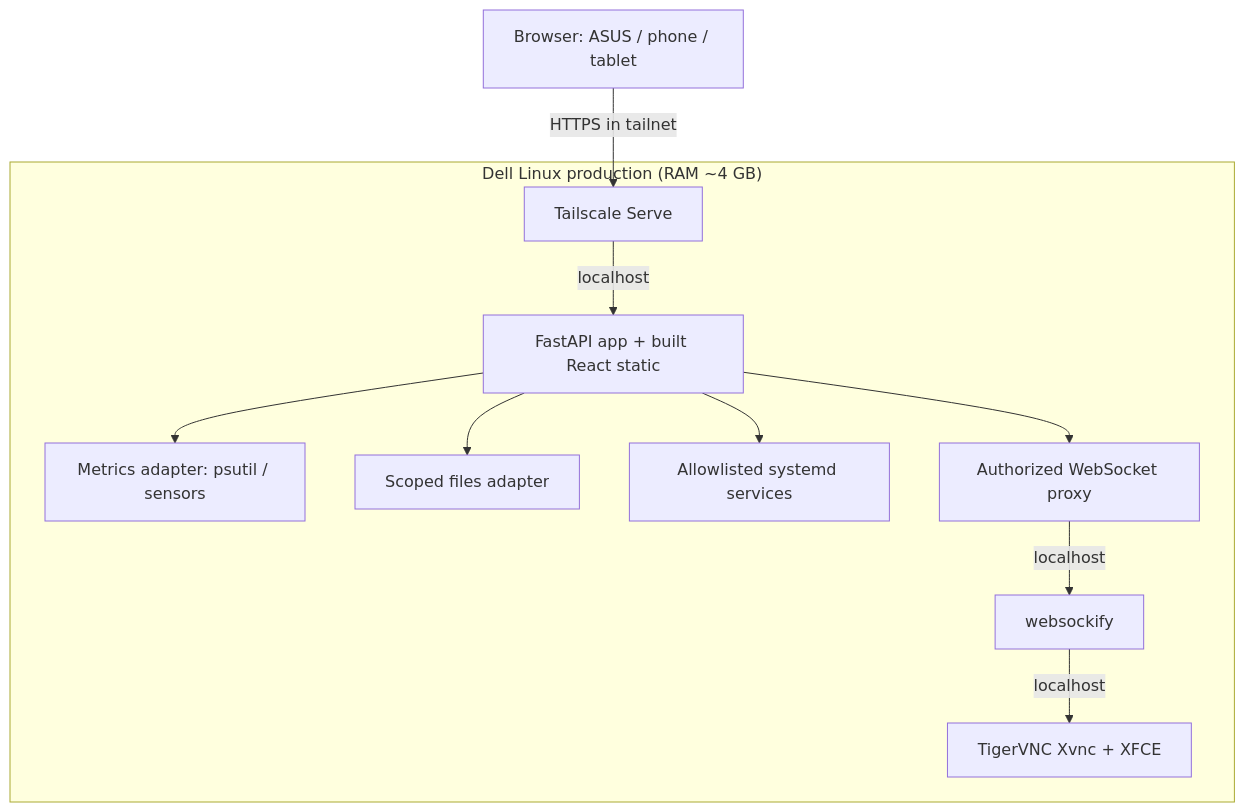
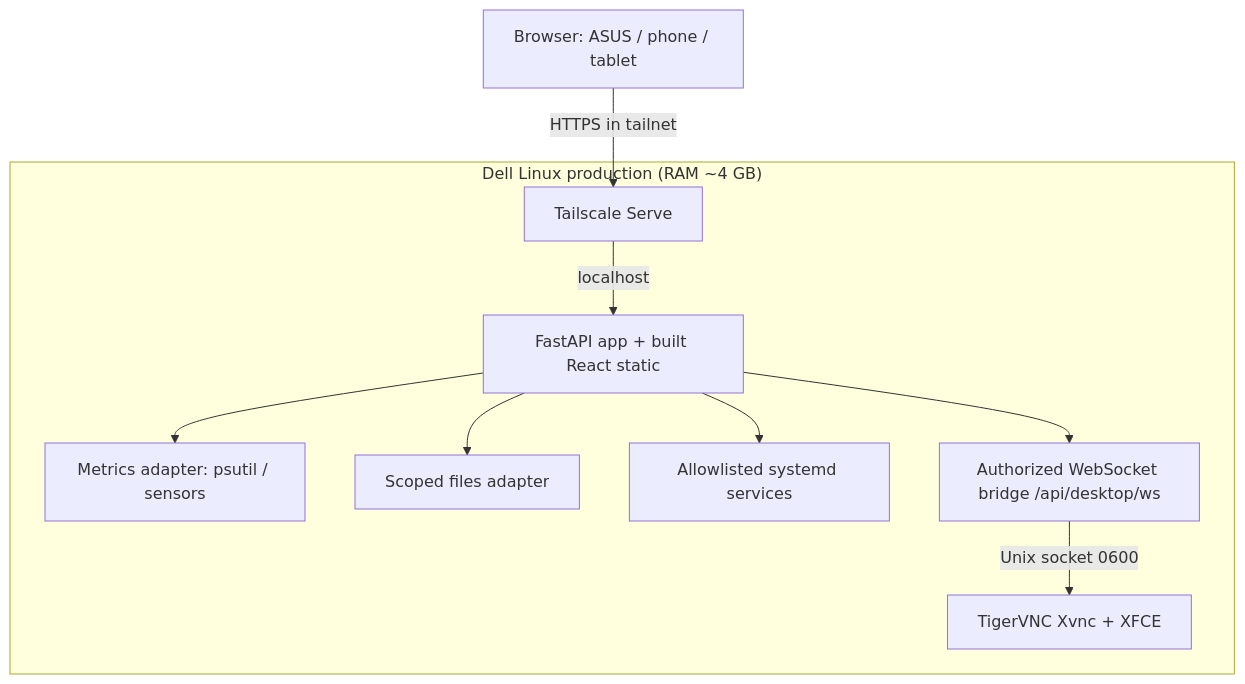
The first of 6 diagrams in docs/ARCHITECTURE.md (august0362/homelab-control), drawn with Mermaid before and after one commit. The commit also changed other lines of this file and 29 other files, not shown here.

First line of the commit message:
M3a: desktop API, authenticated VNC bridge, Remote Desktop page

````diff
--- a/docs/ARCHITECTURE.md
+++ b/docs/ARCHITECTURE.md
@@ -7,21 +7,19 @@
 ```mermaid
 flowchart TB
     U[Browser: ASUS / phone / tablet] -->|HTTPS in tailnet| TS[Tailscale Serve]
     TS -->|localhost| APP[FastAPI app + built React static]
     APP --> MET[Metrics adapter: psutil / sensors]
     APP --> FILES[Scoped files adapter]
     APP --> SVC[Allowlisted systemd services]
-    APP --> WS[Authorized WebSocket proxy]
-    WS -->|localhost| WEB[websockify]
-    WEB -->|localhost| VNC[TigerVNC Xvnc + XFCE]
+    APP --> WS[Authorized WebSocket bridge /api/desktop/ws]
+    WS -->|Unix socket 0600| VNC[TigerVNC Xvnc + XFCE]
     subgraph Dell_Linux_Production["Dell Linux production (RAM ~4 GB)"]
       TS
       APP
       MET
       FILES
       SVC
       WS
-      WEB
       VNC
     end
 ```
````
